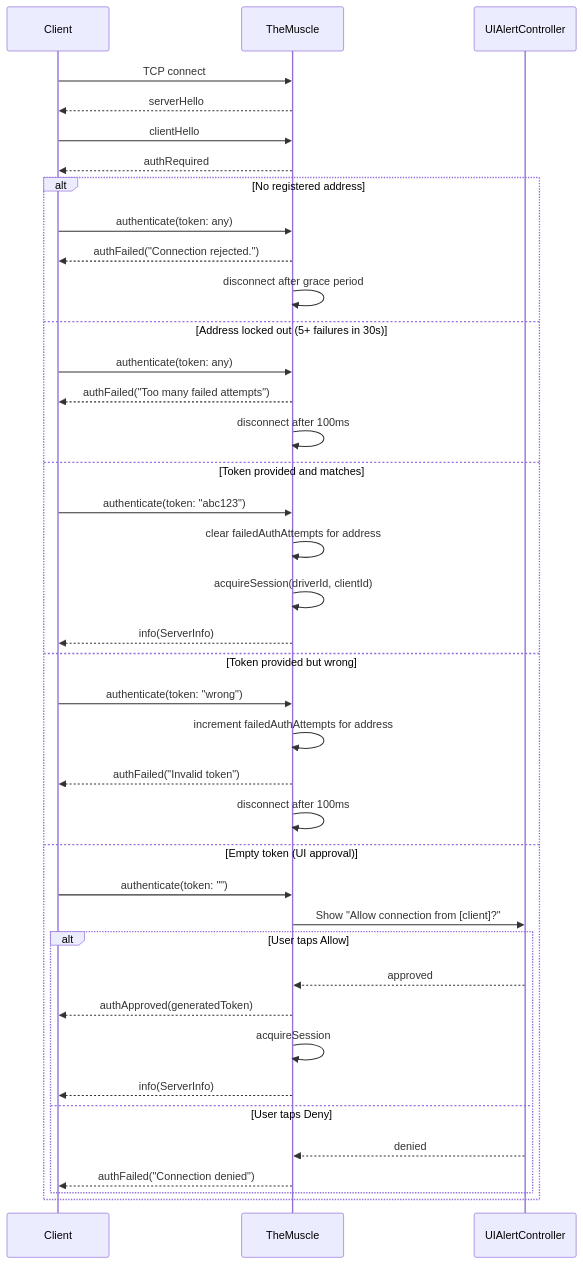
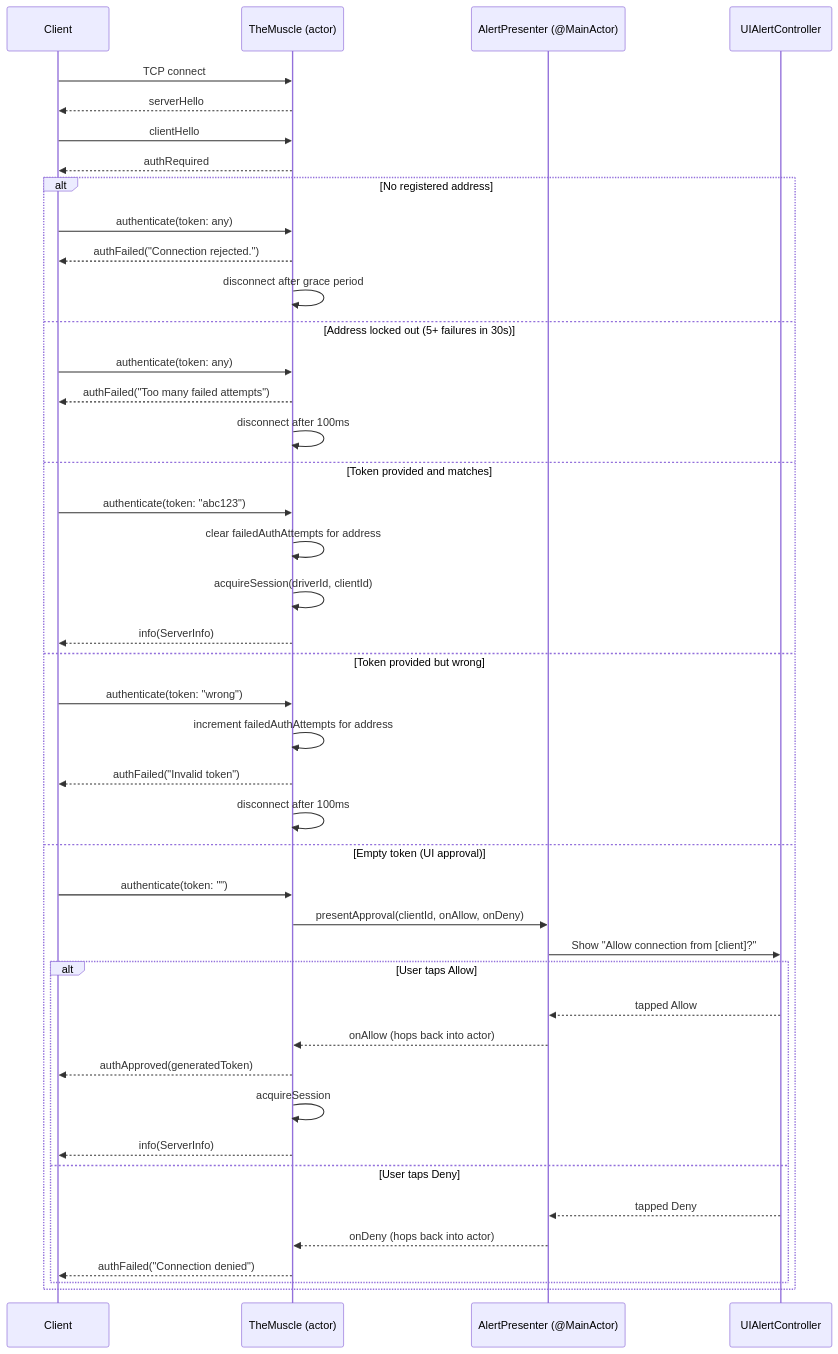
The second of 3 diagrams in docs/dossiers/08-THEMUSCLE.md (RoyalPineapple/TheButtonHeist), drawn with Mermaid before and after one commit. The commit also changed other lines of this file and 13 other files, not shown here.

````diff
--- a/docs/dossiers/08-THEMUSCLE.md
+++ b/docs/dossiers/08-THEMUSCLE.md
@@ -49,43 +56,47 @@
 ```mermaid
 sequenceDiagram
     participant C as Client
-    participant M as TheMuscle
+    participant M as TheMuscle (actor)
+    participant AP as AlertPresenter (@MainActor)
     participant UI as UIAlertController
 
     C->>M: TCP connect
     M-->>C: serverHello
     C->>M: clientHello
     M-->>C: authRequired
 
     alt No registered address
         C->>M: authenticate(token: any)
         M-->>C: authFailed("Connection rejected.")
         M->>M: disconnect after grace period
     else Address locked out (5+ failures in 30s)
         C->>M: authenticate(token: any)
         M-->>C: authFailed("Too many failed attempts")
         M->>M: disconnect after 100ms
     else Token provided and matches
         C->>M: authenticate(token: "abc123")
         M->>M: clear failedAuthAttempts for address
         M->>M: acquireSession(driverId, clientId)
         M-->>C: info(ServerInfo)
     else Token provided but wrong
         C->>M: authenticate(token: "wrong")
         M->>M: increment failedAuthAttempts for address
         M-->>C: authFailed("Invalid token")
         M->>M: disconnect after 100ms
     else Empty token (UI approval)
         C->>M: authenticate(token: "")
-        M->>UI: Show "Allow connection from [client]?"
+        M->>AP: presentApproval(clientId, onAllow, onDeny)
+        AP->>UI: Show "Allow connection from [client]?"
         alt User taps Allow
-            UI-->>M: approved
+            UI-->>AP: tapped Allow
+            AP-->>M: onAllow (hops back into actor)
             M-->>C: authApproved(generatedToken)
             M->>M: acquireSession
             M-->>C: info(ServerInfo)
         else User taps Deny
-            UI-->>M: denied
+            UI-->>AP: tapped Deny
+            AP-->>M: onDeny (hops back into actor)
             M-->>C: authFailed("Connection denied")
         end
     end
 ```
````
